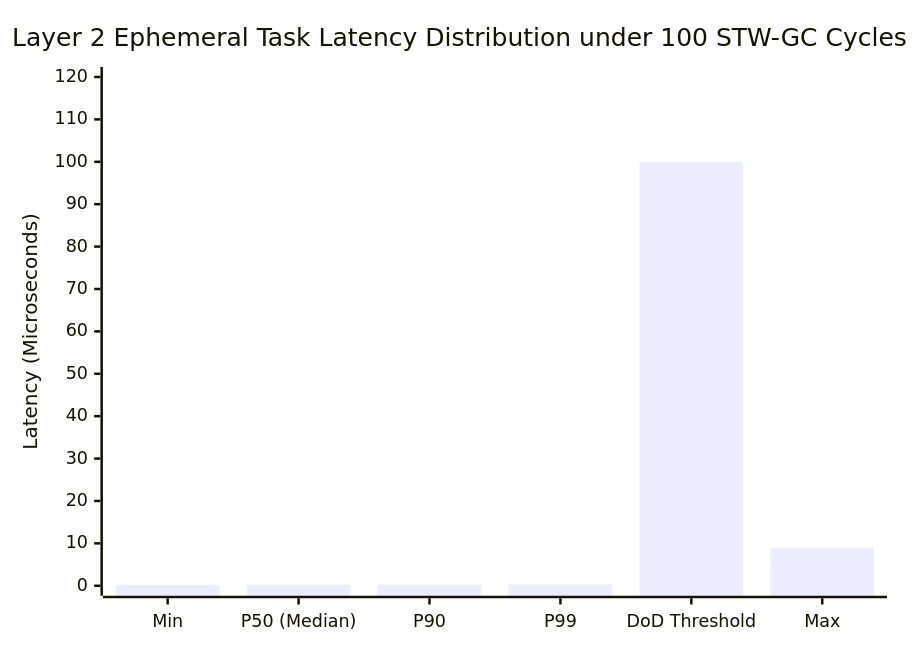
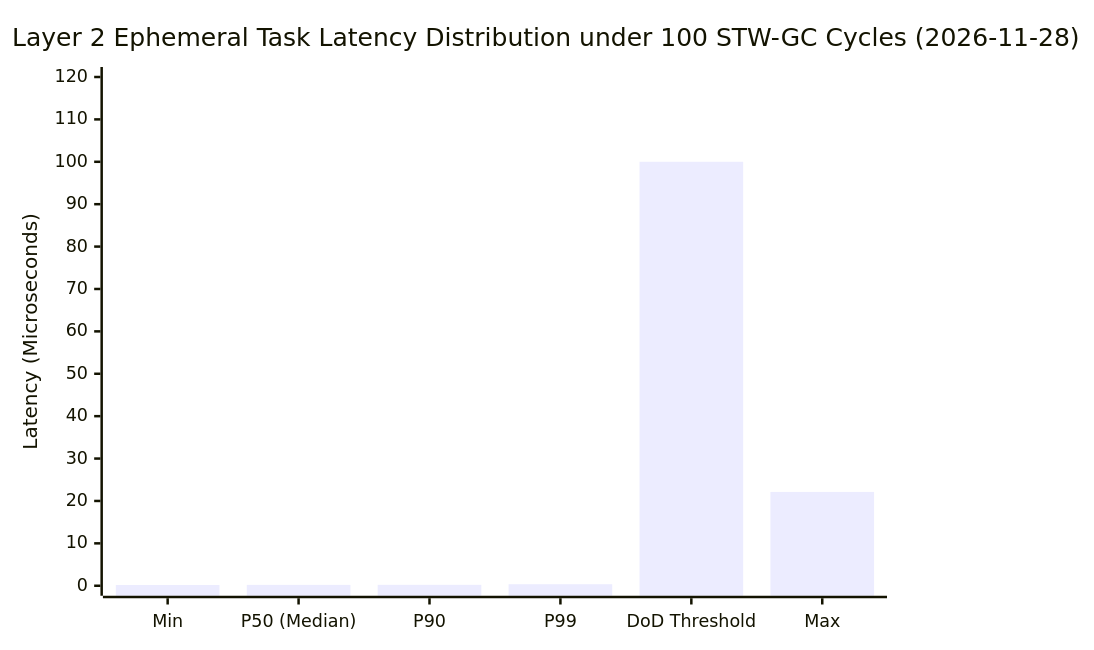
Before and after one commit to rokujyouhitoma/arxiv-security-papers: the second of 2 diagrams in docs/benchmarks/concurrency_evaluation.md, drawn with Mermaid. The commit also changed other lines of this file and 12 other files, not shown here.

````diff
--- a/docs/benchmarks/concurrency_evaluation.md
+++ b/docs/benchmarks/concurrency_evaluation.md
@@ -173,7 +127,7 @@
 ```mermaid
 xychart-beta
-    title "Layer 2 Ephemeral Task Latency Distribution under 100 STW-GC Cycles"
+    title "Layer 2 Ephemeral Task Latency Distribution under 100 STW-GC Cycles (2026-11-28)"
     x-axis ["Min", "P50 (Median)", "P90", "P99", "DoD Threshold", "Max"]
     y-axis "Latency (Microseconds)" 0 --> 120
-    bar [0.21, 0.25, 0.27, 0.30, 100.0, 8.86]
+    bar [0.17, 0.20, 0.22, 0.36, 100.0, 22.13]
 ```
````
